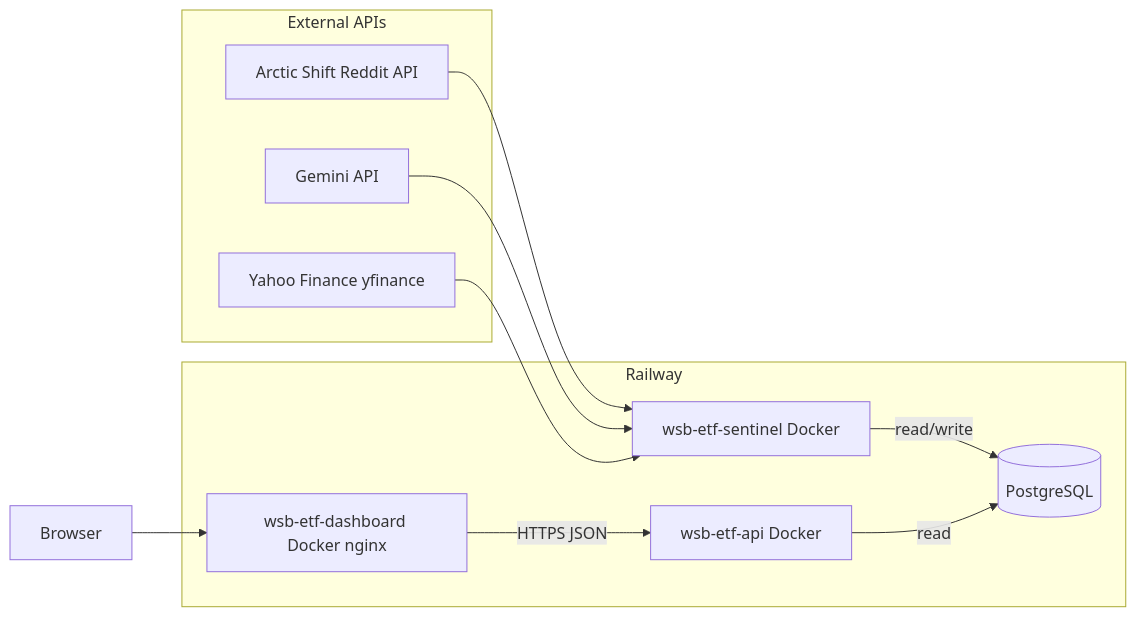
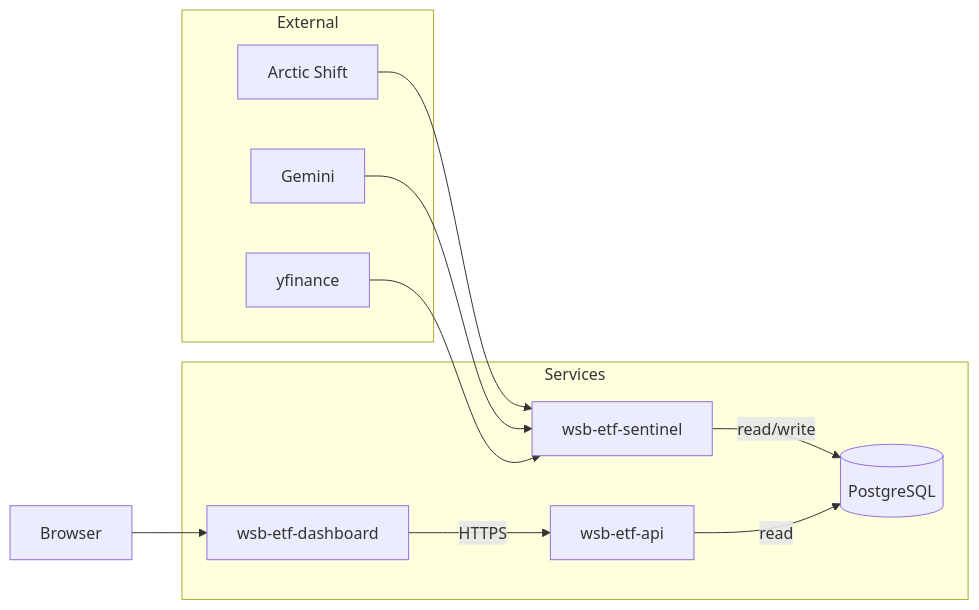
One commit to devinramsammy/wsb-etf changed the diagram in README.md. Above: the diagram before and after it, drawn with Mermaid. The commit also changed other lines of this file and 2 other files, not shown here.

````diff
--- a/README.md
+++ b/README.md
@@ -11,23 +7,21 @@
 ```mermaid
 flowchart LR
-  subgraph external [External APIs]
-    AS[Arctic Shift Reddit API]
-    GEM[Gemini API]
-    YF[Yahoo Finance yfinance]
+  subgraph external [External]
+    AS[Arctic Shift]
+    GEM[Gemini]
+    YF[yfinance]
   end
-
-  subgraph railway [Railway]
+  subgraph stack [Services]
     PG[(PostgreSQL)]
-    PL[wsb-etf-sentinel Docker]
-    API[wsb-etf-api Docker]
-    FE[wsb-etf-dashboard Docker nginx]
+    PL[wsb-etf-sentinel]
+    API[wsb-etf-api]
+    FE[wsb-etf-dashboard]
   end
-
   AS --> PL
   GEM --> PL
   YF --> PL
   PL -->|read/write| PG
   API -->|read| PG
-  FE -->|HTTPS JSON| API
+  FE -->|HTTPS| API
   U[Browser] --> FE
 ```
````
